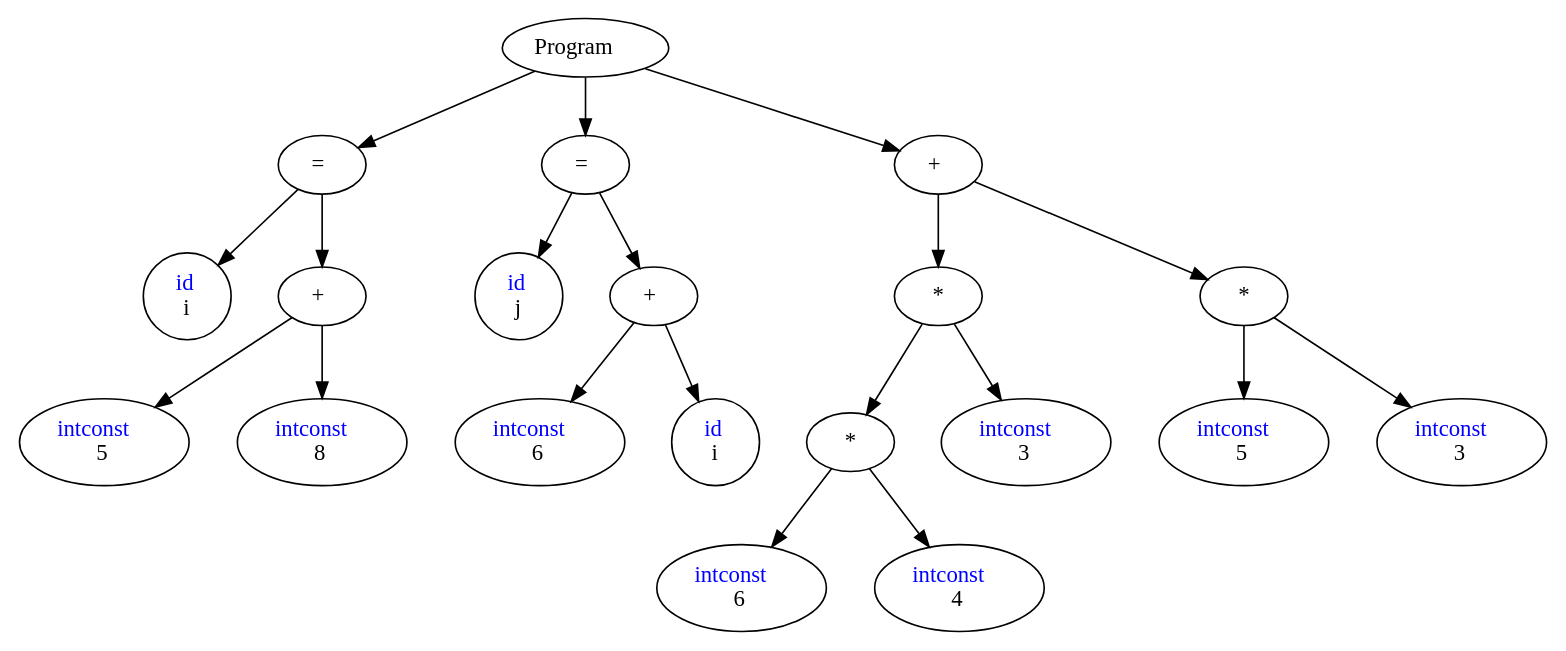
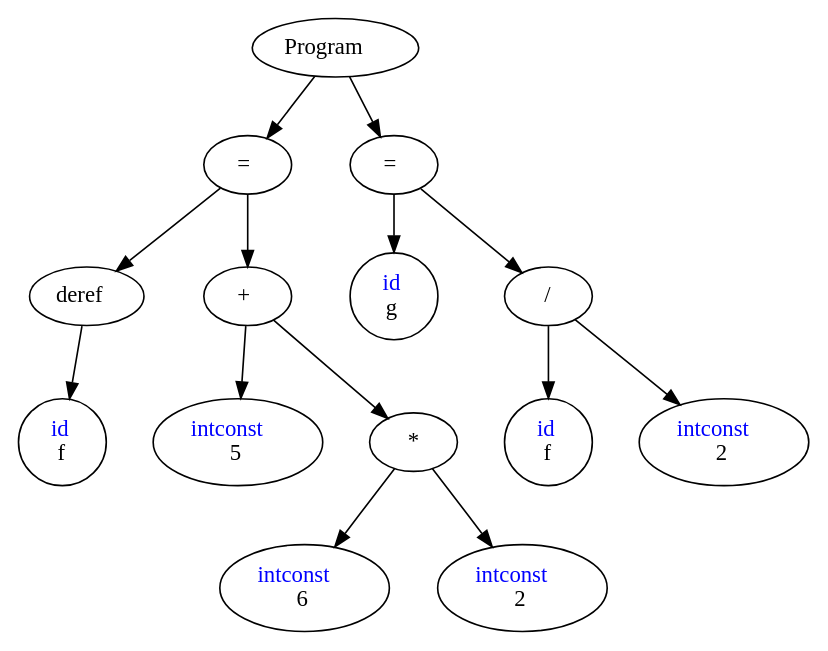
The diagram in grammar/C/AST.dot (MarkVanAcker/C-to-P-compiler), drawn with Graphviz before and after one commit. The commit also changed 27 other files, not shown here.

```diff
--- a/grammar/C/AST.dot
+++ b/grammar/C/AST.dot
@@ -1,44 +1,32 @@
 digraph G
 {
     nodesep = 0.4;
     ranksep = 0.5;
-	NODE95696112[label=<Program>];
-	NODE95696880[label=<=>];
-	NODE95696112->NODE95696880
-	NODE95697808[label=<<font color = "blue">id</font><br/>i>];
-	NODE95696880->NODE95697808
-	NODE95696912[label=<+>];
-	NODE95696880->NODE95696912
-	NODE95696976[label=<<font color = "blue">intconst</font><br/>5>];
-	NODE95696912->NODE95696976
-	NODE95694928[label=<<font color = "blue">intconst</font><br/>8>];
-	NODE95696912->NODE95694928
-	NODE95695792[label=<=>];
-	NODE95696112->NODE95695792
-	NODE95697712[label=<<font color = "blue">id</font><br/>j>];
-	NODE95695792->NODE95697712
-	NODE95697648[label=<+>];
-	NODE95695792->NODE95697648
-	NODE95697072[label=<<font color = "blue">intconst</font><br/>6>];
-	NODE95697648->NODE95697072
-	NODE95697360[label=<<font color = "blue">id</font><br/>i>];
-	NODE95697648->NODE95697360
-	NODE95696528[label=<+>];
-	NODE95696112->NODE95696528
-	NODE95696784[label=<*>];
-	NODE95696528->NODE95696784
-	NODE95696688[label=<*>];
-	NODE95696784->NODE95696688
-	NODE95696848[label=<<font color = "blue">intconst</font><br/>6>];
-	NODE95696688->NODE95696848
-	NODE95697328[label=<<font color = "blue">intconst</font><br/>4>];
-	NODE95696688->NODE95697328
-	NODE95698064[label=<<font color = "blue">intconst</font><br/>3>];
-	NODE95696784->NODE95698064
-	NODE95698096[label=<*>];
-	NODE95696528->NODE95698096
-	NODE95698160[label=<<font color = "blue">intconst</font><br/>5>];
-	NODE95698096->NODE95698160
-	NODE95698192[label=<<font color = "blue">intconst</font><br/>3>];
-	NODE95698096->NODE95698192
+	NODE139869118762064[label=<Program>];
+	NODE139869118759768[label=<=>];
+	NODE139869118762064->NODE139869118759768
+	NODE139869118761392[label=<deref>];
+	NODE139869118759768->NODE139869118761392
+	NODE139869118760496[label=<<font color = "blue">id</font><br/>f>];
+	NODE139869118761392->NODE139869118760496
+	NODE139869118761840[label=<+>];
+	NODE139869118759768->NODE139869118761840
+	NODE139869118761280[label=<<font color = "blue">intconst</font><br/>5>];
+	NODE139869118761840->NODE139869118761280
+	NODE139869118760048[label=<*>];
+	NODE139869118761840->NODE139869118760048
+	NODE139869118759992[label=<<font color = "blue">intconst</font><br/>6>];
+	NODE139869118760048->NODE139869118759992
+	NODE139869118762512[label=<<font color = "blue">intconst</font><br/>2>];
+	NODE139869118760048->NODE139869118762512
+	NODE139869118762848[label=<=>];
+	NODE139869118762064->NODE139869118762848
+	NODE139869118761896[label=<<font color = "blue">id</font><br/>g>];
+	NODE139869118762848->NODE139869118761896
+	NODE139869118762456[label=</>];
+	NODE139869118762848->NODE139869118762456
+	NODE139869118762568[label=<<font color = "blue">id</font><br/>f>];
+	NODE139869118762456->NODE139869118762568
+	NODE139869118753480[label=<<font color = "blue">intconst</font><br/>2>];
+	NODE139869118762456->NODE139869118753480
 }
```
